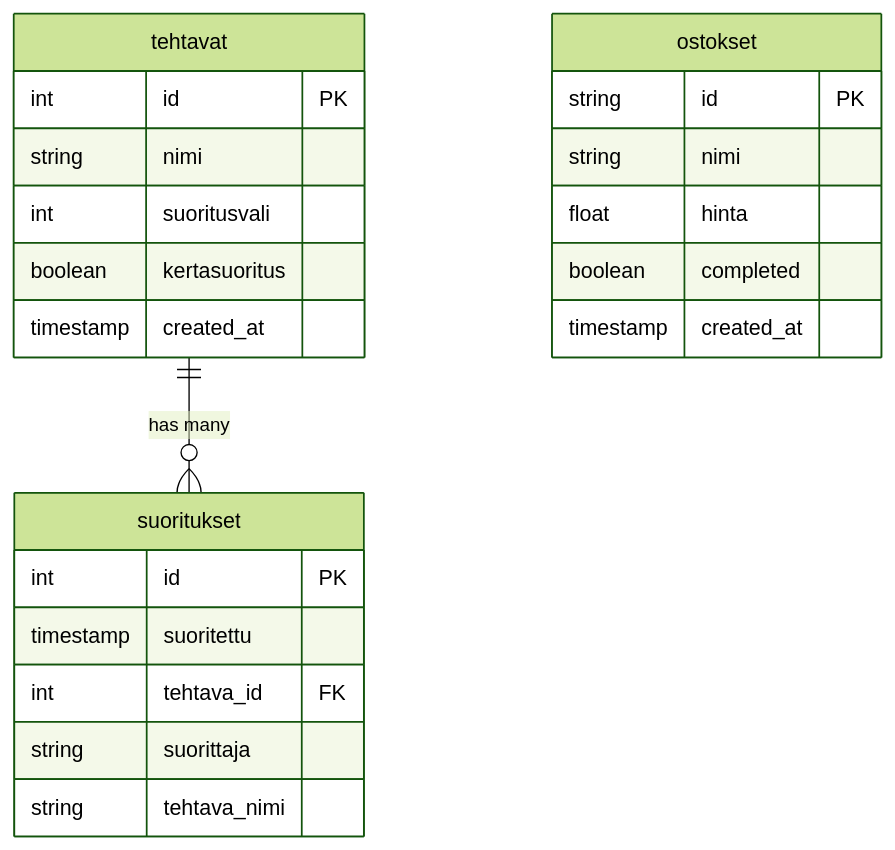
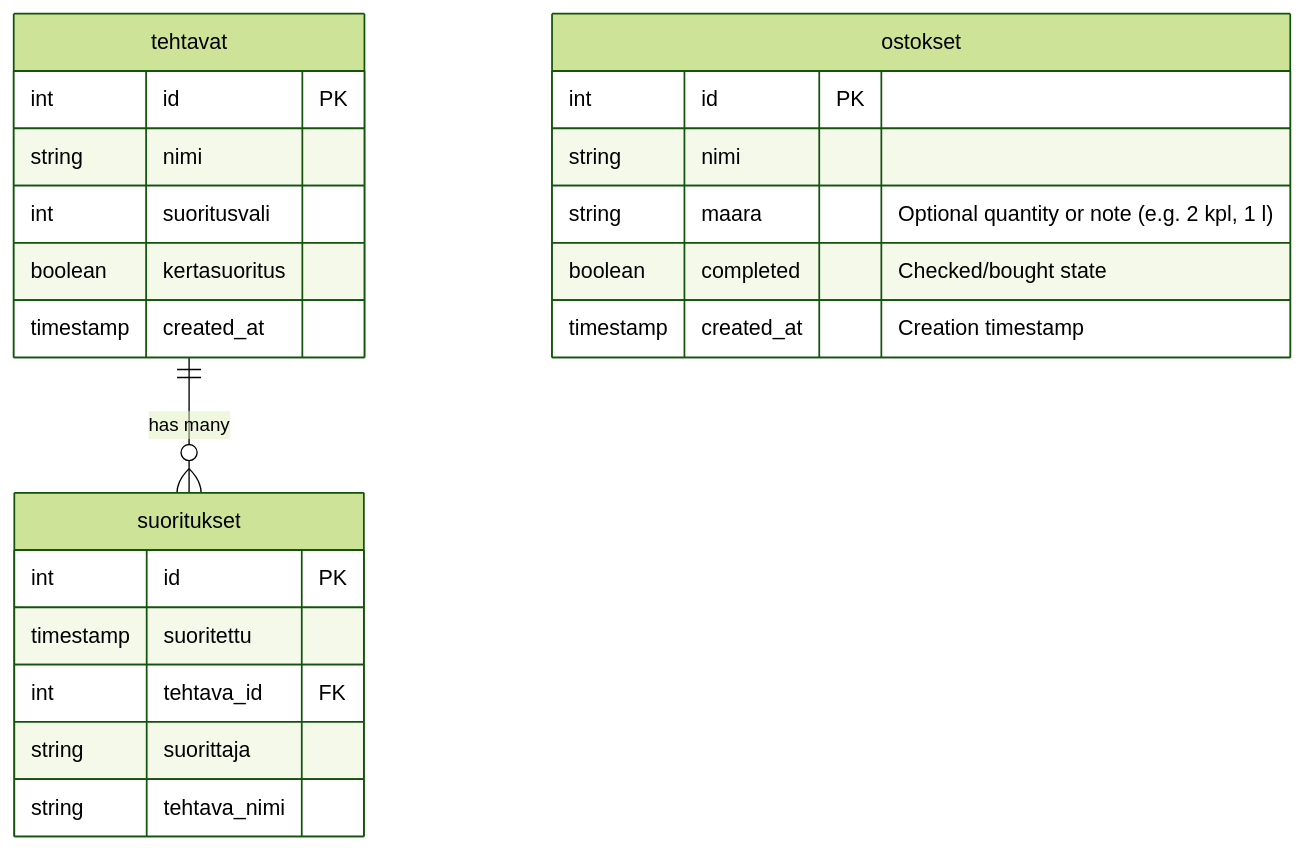
The second of 3 diagrams in DOCUMENTATION.md (cvine001xamk/muistilista_svelte), drawn with Mermaid (forest theme) before and after one commit. The commit also changed 6 other files, not shown here.

````diff
--- a/DOCUMENTATION.md
+++ b/DOCUMENTATION.md
@@ -190,28 +190,28 @@
 ```mermaid
 erDiagram
     tehtavat {
         int id PK
         string nimi
         int suoritusvali
         boolean kertasuoritus
         timestamp created_at
     }
 
     suoritukset {
         int id PK
         timestamp suoritettu
         int tehtava_id FK
         string suorittaja
         string tehtava_nimi
     }
 
     ostokset {
-        string id PK
+        int id PK
         string nimi
-        float hinta
-        boolean completed
-        timestamp created_at
+        string maara "Optional quantity or note (e.g. 2 kpl, 1 l)"
+        boolean completed "Checked/bought state"
+        timestamp created_at "Creation timestamp"
     }
 
     tehtavat ||--o{ suoritukset : "has many"
 ```
````
